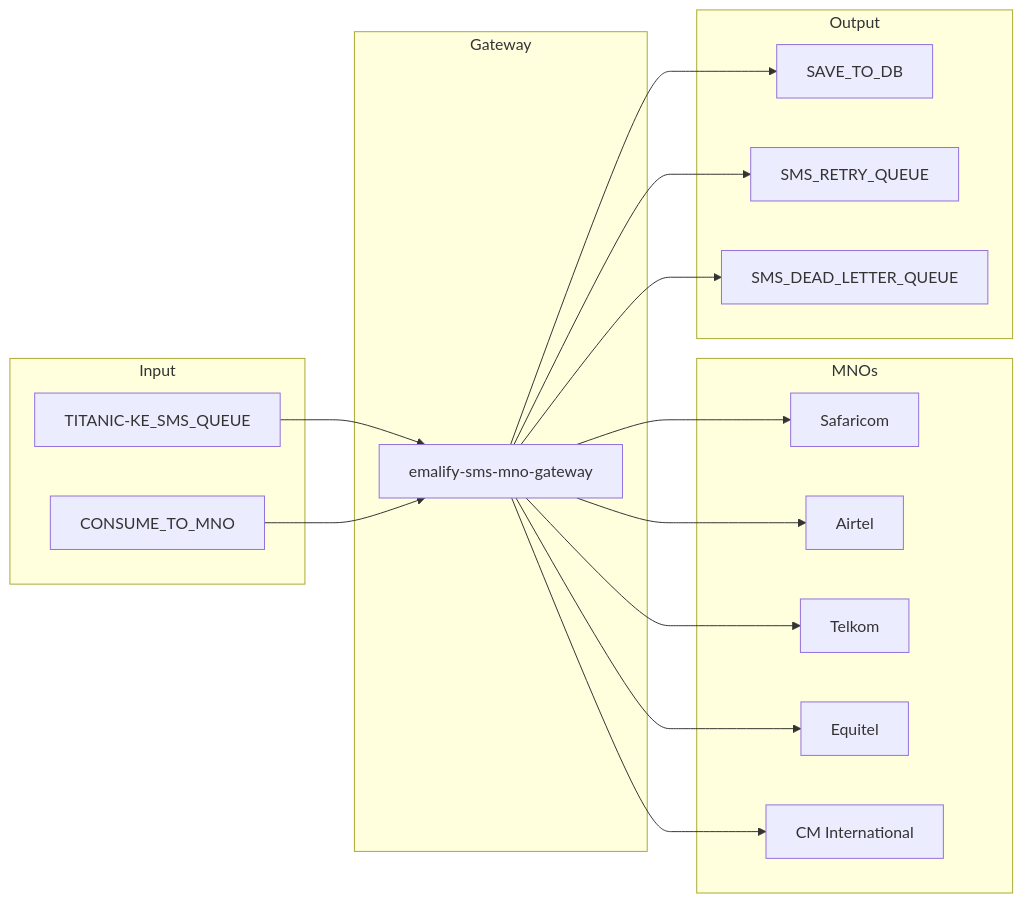
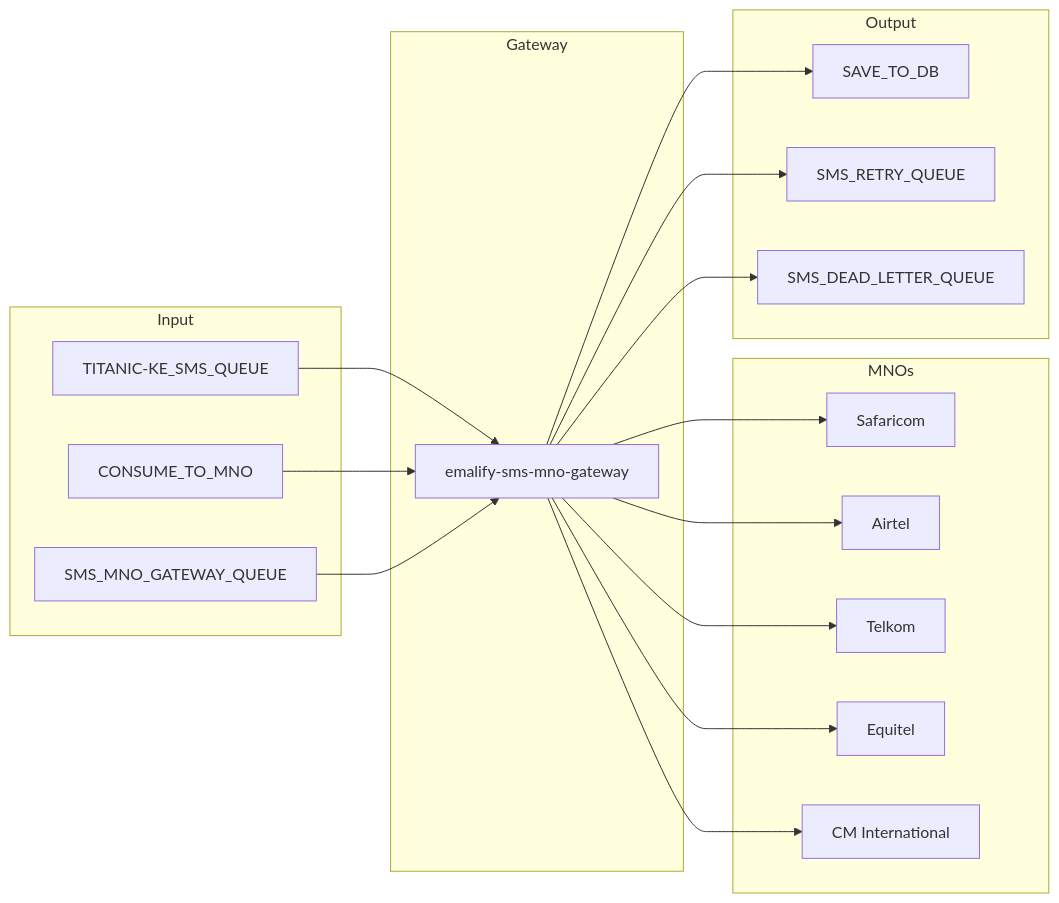
The first of 3 diagrams in README.md (ElMonstro/sms-mno-gateway), drawn with Mermaid before and after one commit. The commit also changed other lines of this file and 2 other files, not shown here.

````diff
--- a/README.md
+++ b/README.md
@@ -14,36 +14,38 @@
 ```mermaid
 graph LR
     subgraph Input
         Q1[TITANIC-KE_SMS_QUEUE]
         Q2[CONSUME_TO_MNO]
+        Q3[SMS_MNO_GATEWAY_QUEUE]
     end
 
     subgraph Gateway
         GW[emalify-sms-mno-gateway]
     end
 
     subgraph MNOs
         SAF[Safaricom]
         AIR[Airtel]
         TEL[Telkom]
         EQU[Equitel]
         CM[CM International]
     end
 
     subgraph Output
         SAVE[SAVE_TO_DB]
         RETRY[SMS_RETRY_QUEUE]
         DLQ[SMS_DEAD_LETTER_QUEUE]
     end
 
     Q1 --> GW
     Q2 --> GW
+    Q3 --> GW
     GW --> SAF
     GW --> AIR
     GW --> TEL
     GW --> EQU
     GW --> CM
     GW --> SAVE
     GW --> RETRY
     GW --> DLQ
 ```
````
